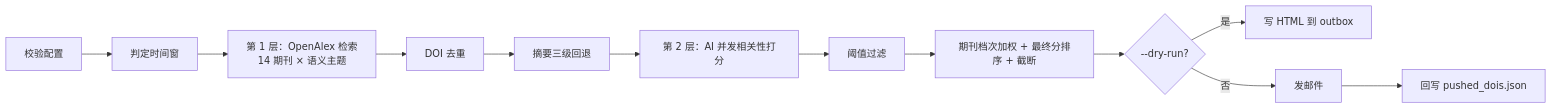
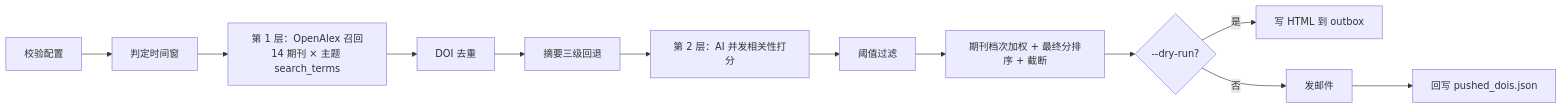
One commit to zhouyuhang227-star/weekly-literature-push changed the diagram in README.md. Above: the diagram before and after it, drawn with Mermaid. The commit also changed other lines of this file and 4 other files, not shown here.

Commit message:
feat: 识别 OpenAlex 额度耗尽的 429 并支持可选 API key；README 同步「字面短词召回」两层设计

````diff
--- a/README.md
+++ b/README.md
@@ -344,14 +351,14 @@
 ```mermaid
 flowchart LR
     A[校验配置] --> B[判定时间窗]
-    B --> C["第 1 层：OpenAlex 检索<br/>14 期刊 × 语义主题"]
+    B --> C["第 1 层：OpenAlex 召回<br/>14 期刊 × 主题 search_terms"]
     C --> D[DOI 去重]
     D --> E[摘要三级回退]
     E --> F["第 2 层：AI 并发相关性打分"]
     F --> G[阈值过滤]
     G --> R[期刊档次加权 + 最终分排序 + 截断]
     R --> H{--dry-run?}
     H -- 是 --> I[写 HTML 到 outbox]
     H -- 否 --> J[发邮件]
     J --> K[回写 pushed_dois.json]
 ```
````
